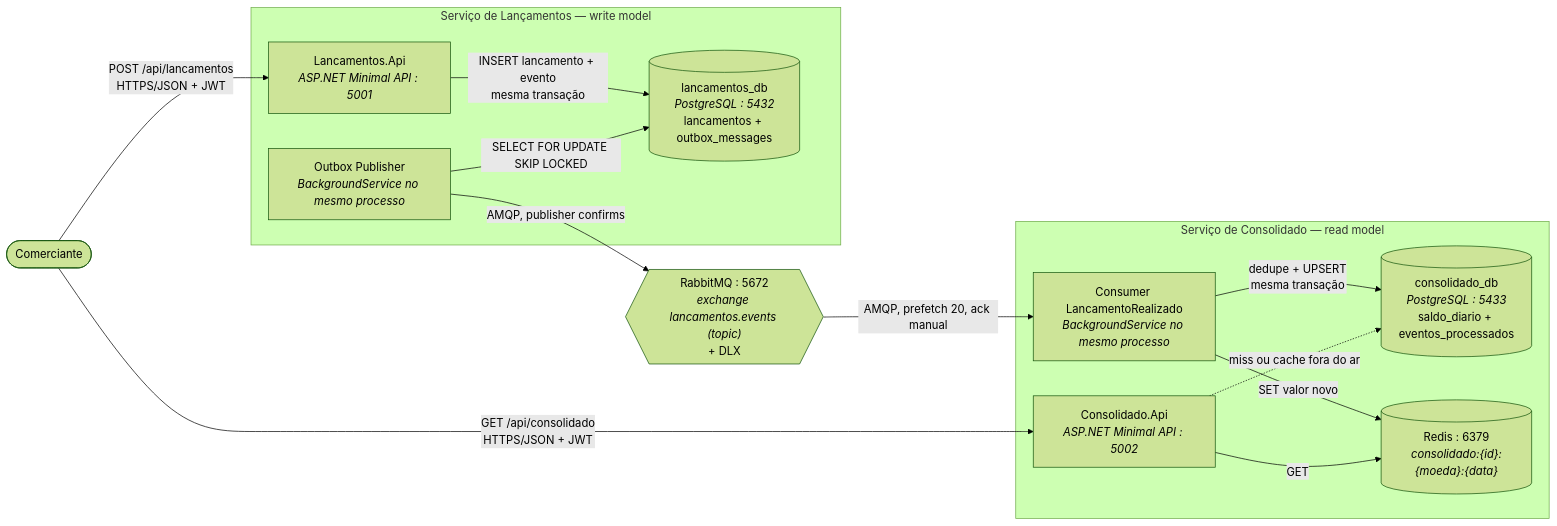
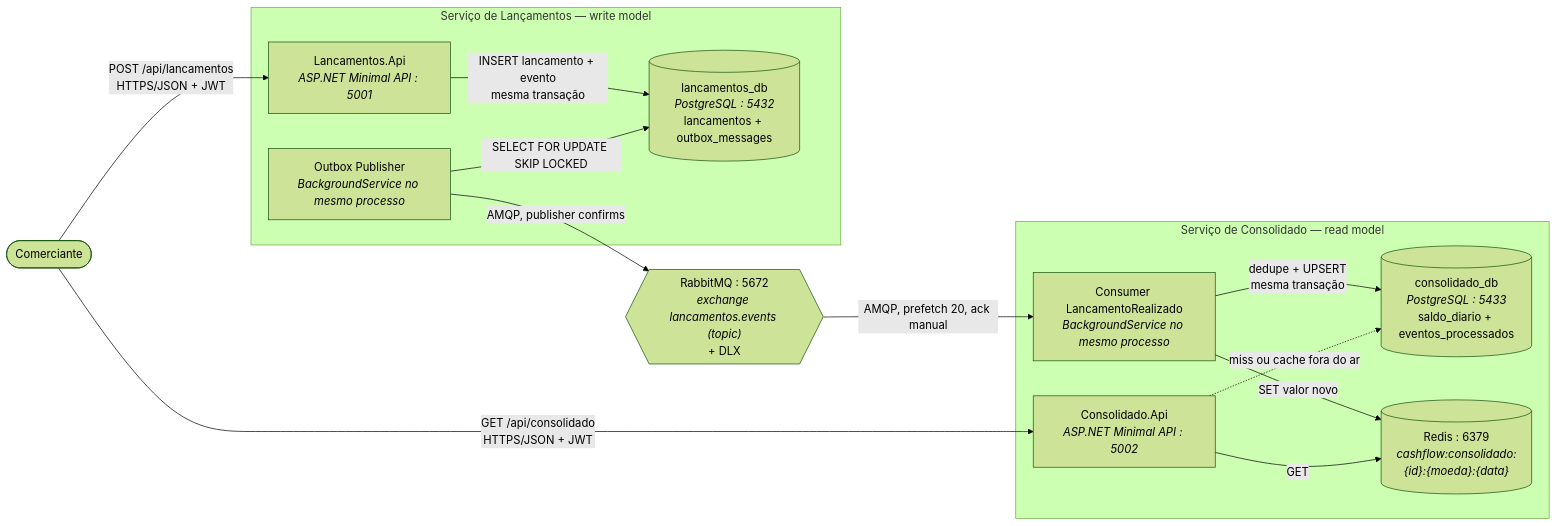
One commit to danielcruzdev/dotnet-cqrs-cashflow changed the second of 5 diagrams in docs/arquitetura.md. Above: the diagram before and after it, drawn with Mermaid (forest theme). The commit also changed other lines of this file and 10 other files, not shown here.

````diff
--- a/docs/arquitetura.md
+++ b/docs/arquitetura.md
@@ -52,31 +52,31 @@
 ```mermaid
 flowchart LR
     Cliente(["Comerciante"])
 
     subgraph Escrita["Serviço de Lançamentos — write model"]
         LApi["Lancamentos.Api<br/><i>ASP.NET Minimal API : 5001</i>"]
         LPub["Outbox Publisher<br/><i>BackgroundService no mesmo processo</i>"]
         LDb[("lancamentos_db<br/><i>PostgreSQL : 5432</i><br/>lancamentos + outbox_messages")]
     end
 
     MQ{{"RabbitMQ : 5672<br/><i>exchange lancamentos.events (topic)</i><br/>+ DLX"}}
 
     subgraph Leitura["Serviço de Consolidado — read model"]
         CApi["Consolidado.Api<br/><i>ASP.NET Minimal API : 5002</i>"]
         CCon["Consumer LancamentoRealizado<br/><i>BackgroundService no mesmo processo</i>"]
         CDb[("consolidado_db<br/><i>PostgreSQL : 5433</i><br/>saldo_diario + eventos_processados")]
-        Cache[("Redis : 6379<br/><i>consolidado:{id}:{moeda}:{data}</i>")]
+        Cache[("Redis : 6379<br/><i>cashflow:consolidado:{id}:{moeda}:{data}</i>")]
     end
 
     Cliente -->|"POST /api/lancamentos<br/>HTTPS/JSON + JWT"| LApi
     Cliente -->|"GET /api/consolidado<br/>HTTPS/JSON + JWT"| CApi
 
     LApi -->|"INSERT lancamento + evento<br/>mesma transação"| LDb
     LPub -->|"SELECT FOR UPDATE SKIP LOCKED"| LDb
     LPub -->|"AMQP, publisher confirms"| MQ
     MQ -->|"AMQP, prefetch 20, ack manual"| CCon
     CCon -->|"dedupe + UPSERT<br/>mesma transação"| CDb
     CCon -->|"SET valor novo"| Cache
     CApi -->|"GET"| Cache
     CApi -.->|"miss ou cache fora do ar"| CDb
 ```
````
